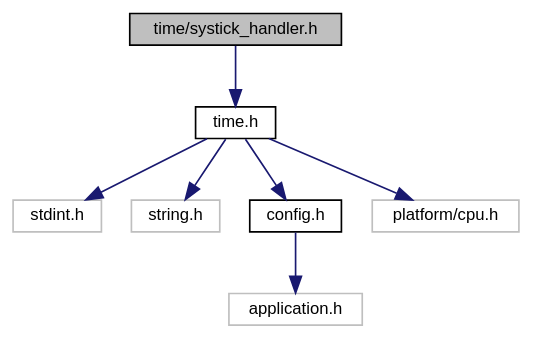
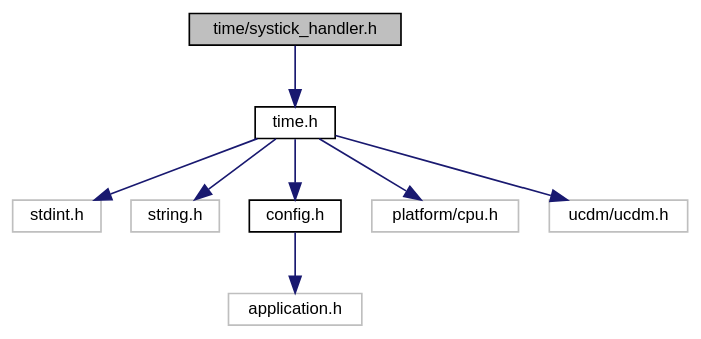
One commit to ebs-universe/piolib-time changed the diagram in systick__handler_8h__incl.dot. Above: the diagram before and after it, drawn with Graphviz. The commit also changed 68 other files, not shown here.

```diff
--- a/systick__handler_8h__incl.dot
+++ b/systick__handler_8h__incl.dot
@@ -1,21 +1,23 @@
 digraph "time/systick_handler.h"
 {
  // INTERACTIVE_SVG=YES
  // LATEX_PDF_SIZE
   bgcolor="transparent";
   edge [fontname="Helvetica",fontsize="10",labelfontname="Helvetica",labelfontsize="10"];
   node [fontname="Helvetica",fontsize="10",shape=record];
   Node1 [label="time/systick_handler.h",height=0.2,width=0.4,color="black", fillcolor="grey75", style="filled", fontcolor="black",tooltip="Interrupt handler for the system tick for static inclusion in the application."];
   Node1 -> Node2 [color="midnightblue",fontsize="10",style="solid",fontname="Helvetica"];
   Node2 [label="time.h",height=0.2,width=0.4,color="black",URL="$time_8h.html",tooltip="Time related functions for embebedded systems."];
   Node2 -> Node3 [color="midnightblue",fontsize="10",style="solid",fontname="Helvetica"];
   Node3 [label="stdint.h",height=0.2,width=0.4,color="grey75",tooltip=" "];
   Node2 -> Node4 [color="midnightblue",fontsize="10",style="solid",fontname="Helvetica"];
   Node4 [label="string.h",height=0.2,width=0.4,color="grey75",tooltip=" "];
   Node2 -> Node5 [color="midnightblue",fontsize="10",style="solid",fontname="Helvetica"];
   Node5 [label="config.h",height=0.2,width=0.4,color="black",URL="$config_8h_source.html",tooltip=" "];
   Node5 -> Node6 [color="midnightblue",fontsize="10",style="solid",fontname="Helvetica"];
   Node6 [label="application.h",height=0.2,width=0.4,color="grey75",tooltip=" "];
   Node2 -> Node7 [color="midnightblue",fontsize="10",style="solid",fontname="Helvetica"];
   Node7 [label="platform/cpu.h",height=0.2,width=0.4,color="grey75",tooltip=" "];
+  Node2 -> Node8 [color="midnightblue",fontsize="10",style="solid",fontname="Helvetica"];
+  Node8 [label="ucdm/ucdm.h",height=0.2,width=0.4,color="grey75",tooltip=" "];
 }
```
